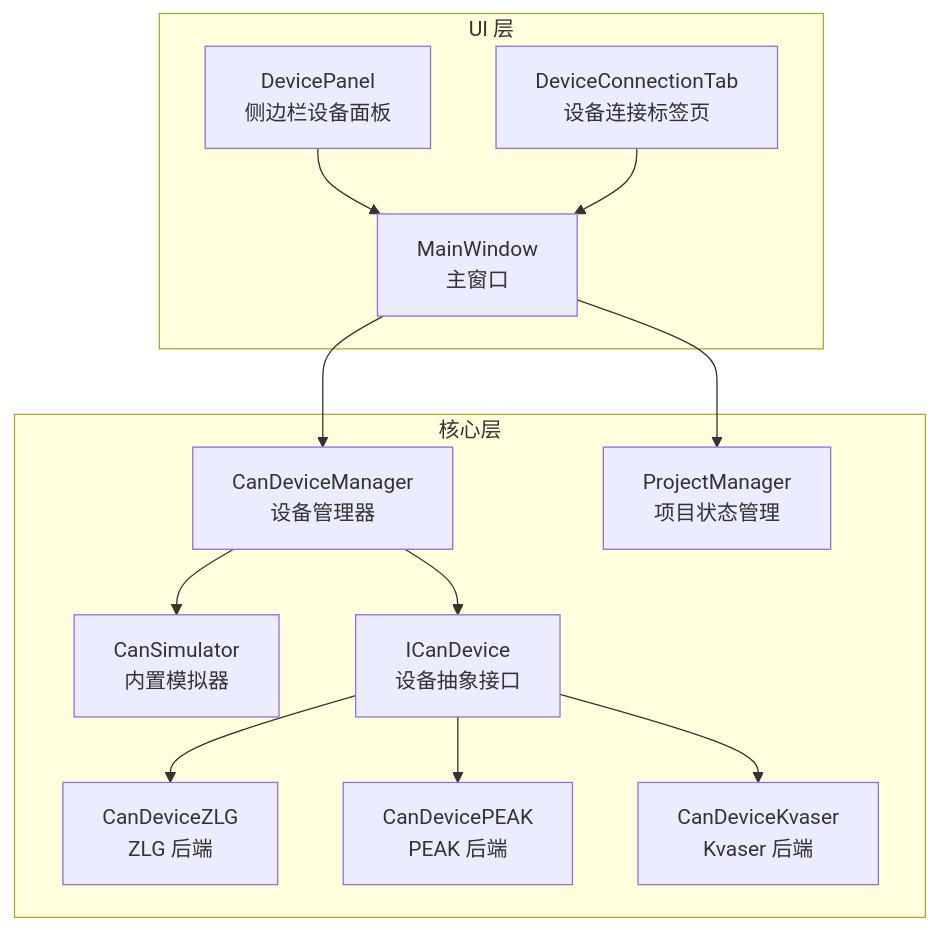
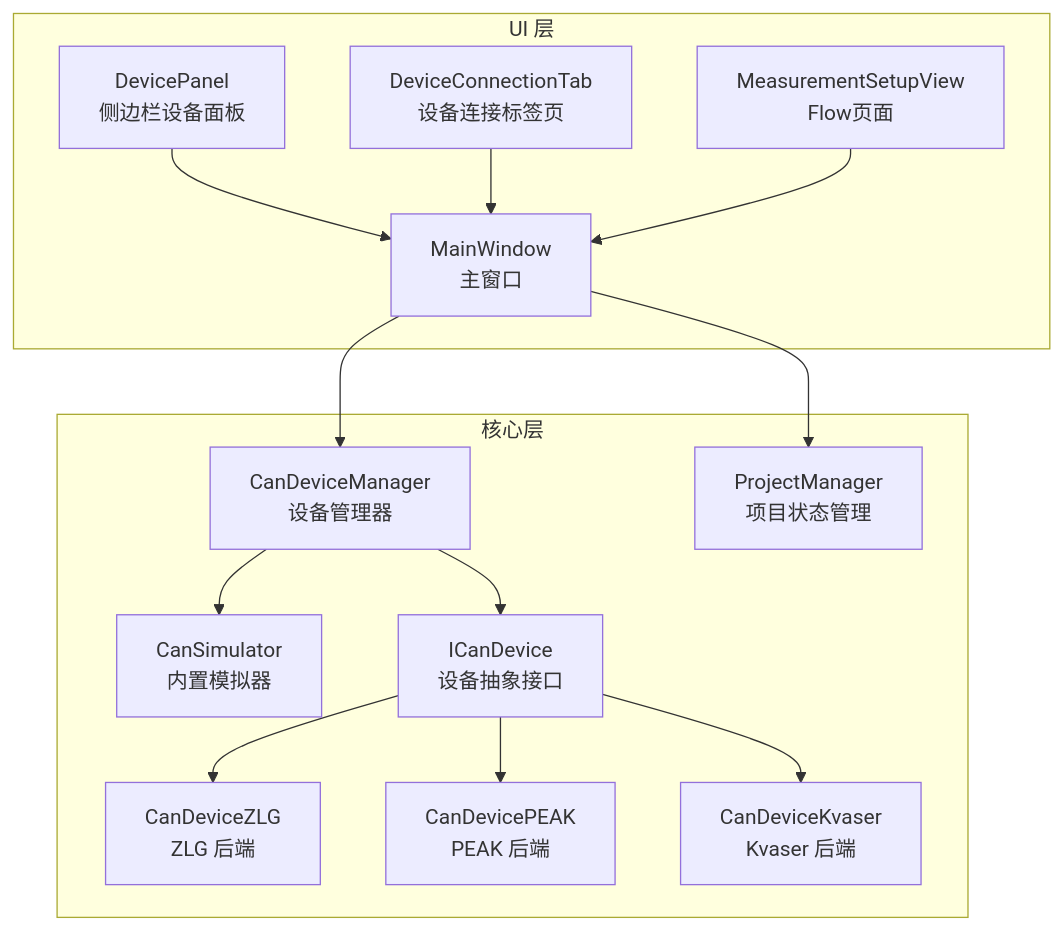
One commit to jakecai1225-design/OpenBus changed the first of 5 diagrams in .qoder/repowiki/zh/content/架构设计/UI系统设计/设备连接界面.md. Above: the diagram before and after it, drawn with Mermaid. The commit also changed other lines of this file and 27 other files, not shown here.

````diff
--- a/.qoder/repowiki/zh/content/架构设计/UI系统设计/设备连接界面.md
+++ b/.qoder/repowiki/zh/content/架构设计/UI系统设计/设备连接界面.md
@@ -50,26 +51,28 @@
 ```mermaid
 graph TB
 subgraph "UI 层"
 DP["DevicePanel<br/>侧边栏设备面板"]
 DCT["DeviceConnectionTab<br/>设备连接标签页"]
+MSV["MeasurementSetupView<br/>Flow页面"]
 MW["MainWindow<br/>主窗口"]
 end
 subgraph "核心层"
 CDM["CanDeviceManager<br/>设备管理器"]
 SIM["CanSimulator<br/>内置模拟器"]
 IFACE["ICanDevice<br/>设备抽象接口"]
 ZLG["CanDeviceZLG<br/>ZLG 后端"]
 PEAK["CanDevicePEAK<br/>PEAK 后端"]
 KVASER["CanDeviceKvaser<br/>Kvaser 后端"]
 PM["ProjectManager<br/>项目状态管理"]
 end
 DP --> MW
 DCT --> MW
+MSV --> MW
 MW --> CDM
 MW --> PM
 CDM --> SIM
 CDM --> IFACE
 IFACE --> ZLG
 IFACE --> PEAK
 IFACE --> KVASER
 ```
````
